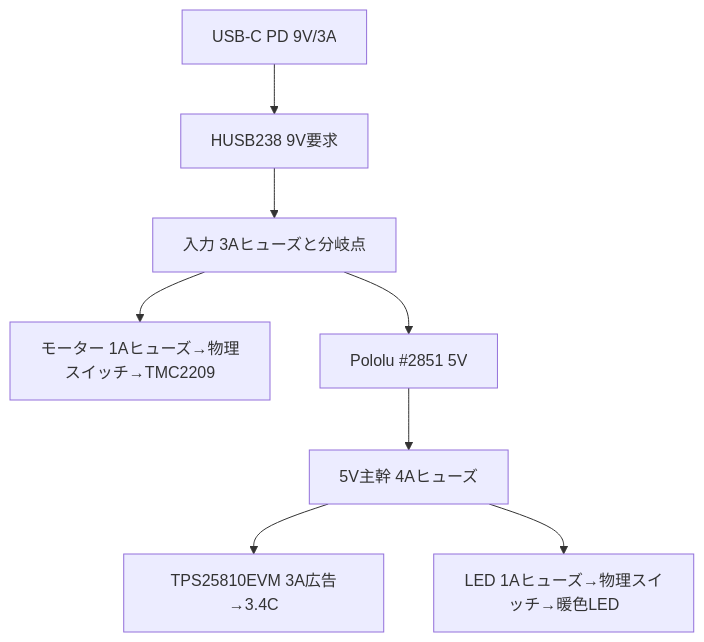
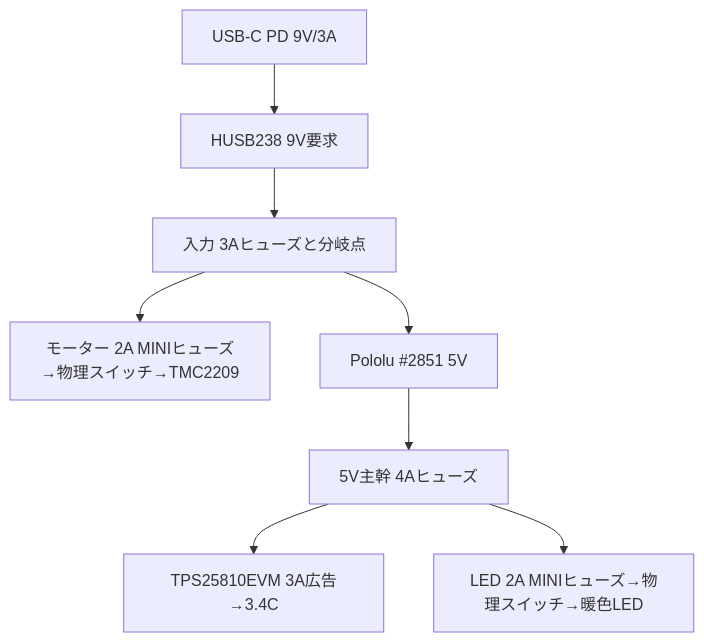
The diagram in docs/10-desk-redesign/design-baseline-v0.21.md (motomasa-honda/DialCanvas-SAS), drawn with Mermaid before and after one commit. The commit also changed other lines of this file and 19 other files, not shown here.

````diff
--- a/docs/10-desk-redesign/design-baseline-v0.21.md
+++ b/docs/10-desk-redesign/design-baseline-v0.21.md
@@ -99,10 +99,10 @@
 ```mermaid
 flowchart TD
   A[USB-C PD 9V/3A] --> B[HUSB238 9V要求]
   B --> C[入力 3Aヒューズと分岐点]
-  C --> D[モーター 1Aヒューズ→物理スイッチ→TMC2209]
+  C --> D[モーター 2A MINIヒューズ→物理スイッチ→TMC2209]
   C --> E[Pololu #2851 5V]
   E --> F[5V主幹 4Aヒューズ]
   F --> G[TPS25810EVM 3A広告→3.4C]
-  F --> H[LED 1Aヒューズ→物理スイッチ→暖色LED]
+  F --> H[LED 2A MINIヒューズ→物理スイッチ→暖色LED]
 ```
````
